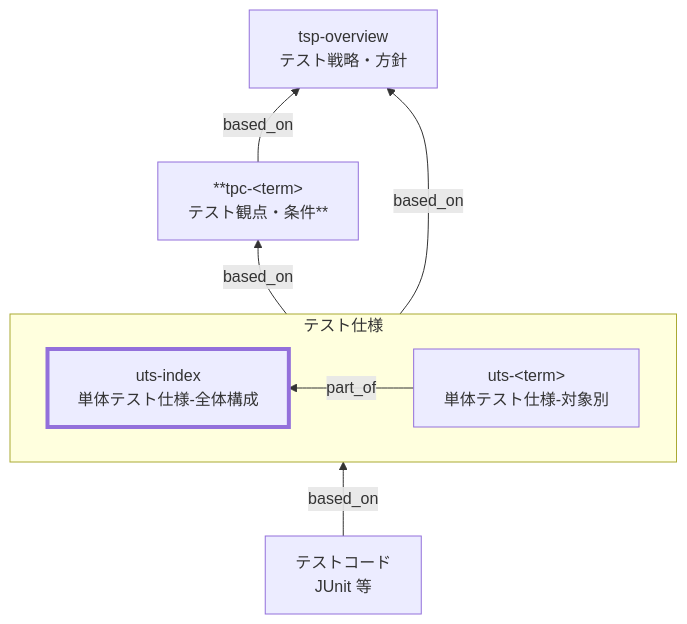
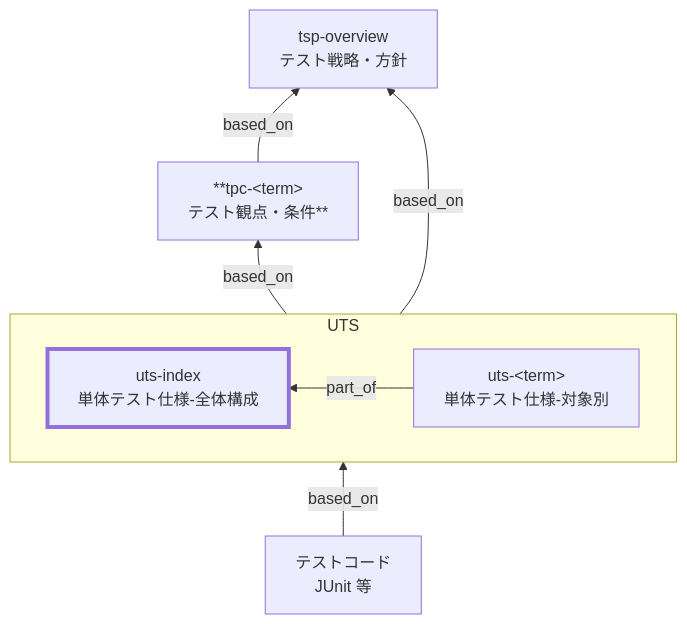
One commit to specdojo/spec-dojo-handbook changed the diagram in docs/ja/handbook/rules/uts-index-rules.md. Above: the diagram before and after it, drawn with Mermaid.

Commit message:
docs(fix): 図のラベルを見直し

````diff
--- a/docs/ja/handbook/rules/uts-index-rules.md
+++ b/docs/ja/handbook/rules/uts-index-rules.md
@@ -28,22 +28,22 @@
 ```mermaid
 flowchart BT
   TSP["tsp-overview<br>テスト戦略・方針"]
   TPC["**tpc-&lt;term&gt;<br>テスト観点・条件**"]
 
-  subgraph LS["テスト仕様"]
+  subgraph LS["UTS"]
   direction RL
     LSIndex["uts-index<br>単体テスト仕様-全体構成"]
     LSDetail["uts-&lt;term&gt;<br>単体テスト仕様-対象別"]
     LSDetail -->|part_of| LSIndex
   end
 
   TC["テストコード<br>JUnit 等"]
 
   TPC -->|based_on| TSP
   LS -->|based_on| TSP
   LS -->|based_on| TPC
   TC -->|based_on| LS
 
   classDef target stroke-width:4px
   class LSIndex target
 ```
````
